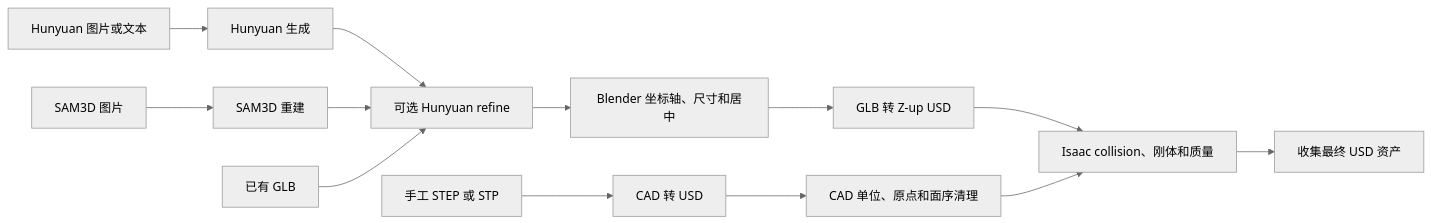
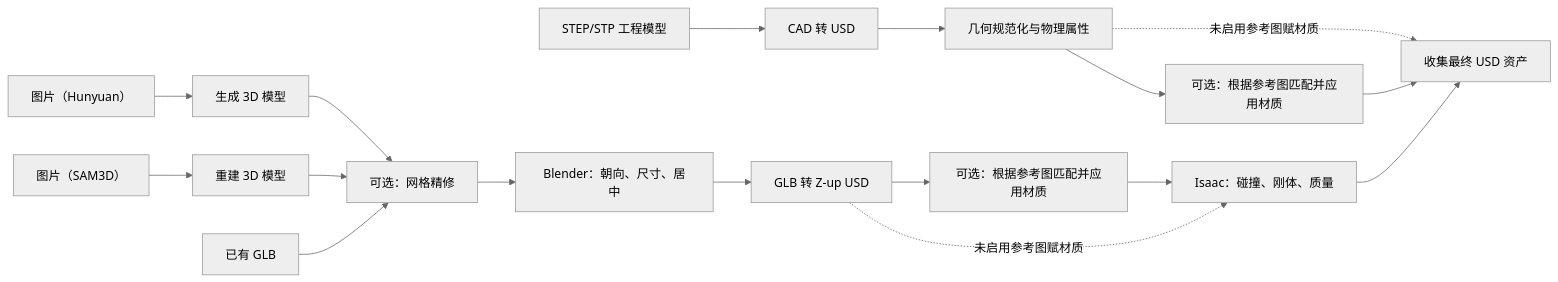
Before and after one commit to xia13111-coder/hunyuan_creation_pipeline: the diagram in docs/images/pipeline-flow.zh.mmd, drawn with Mermaid (neutral theme). The commit also changed 362 other files, not shown here.

```diff
--- a/docs/images/pipeline-flow.zh.mmd
+++ b/docs/images/pipeline-flow.zh.mmd
@@ -1,15 +1,19 @@
 flowchart LR
-    H[Hunyuan 图片或文本] --> HG[Hunyuan 生成]
-    HG --> R[可选 Hunyuan refine]
-    S[SAM3D 图片] --> SG[SAM3D 重建]
+    H[图片（Hunyuan）] --> HG[生成 3D 模型]
+    HG --> R[可选：网格精修]
+    S[图片（SAM3D）] --> SG[重建 3D 模型]
     SG --> R
     E[已有 GLB] --> R
-    R --> B[Blender 坐标轴、尺寸和居中]
+    R --> B[Blender：朝向、尺寸、居中]
     B --> U[GLB 转 Z-up USD]
+    U --> GV[可选：根据参考图匹配并应用材质]
+    GV --> P[Isaac：碰撞、刚体、质量]
+    U -. 未启用参考图赋材质 .-> P
 
-    C[手工 STEP 或 STP] --> CU[CAD 转 USD]
-    CU --> CP[CAD 单位、原点和面序清理]
+    C[STEP/STP 工程模型] --> CU[CAD 转 USD]
+    CU --> CP[几何规范化与物理属性]
+    CP --> CV[可选：根据参考图匹配并应用材质]
 
-    U --> P[Isaac collision、刚体和质量]
-    CP --> P
+    CP -. 未启用参考图赋材质 .-> F
+    CV --> F
     P --> F[收集最终 USD 资产]
```
